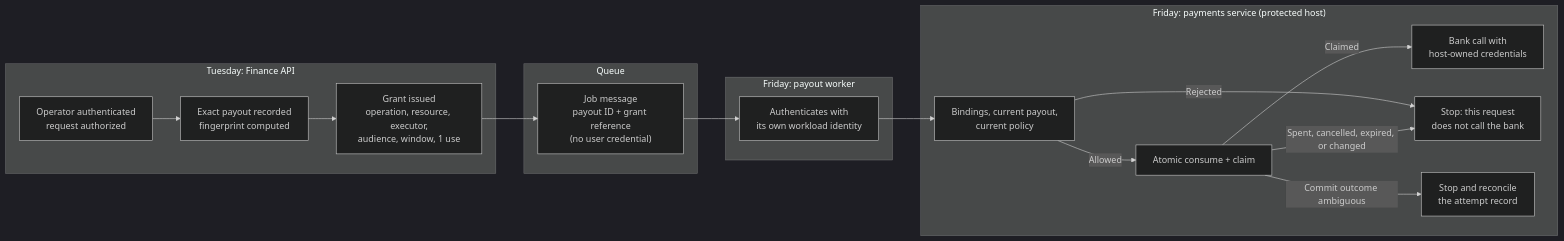
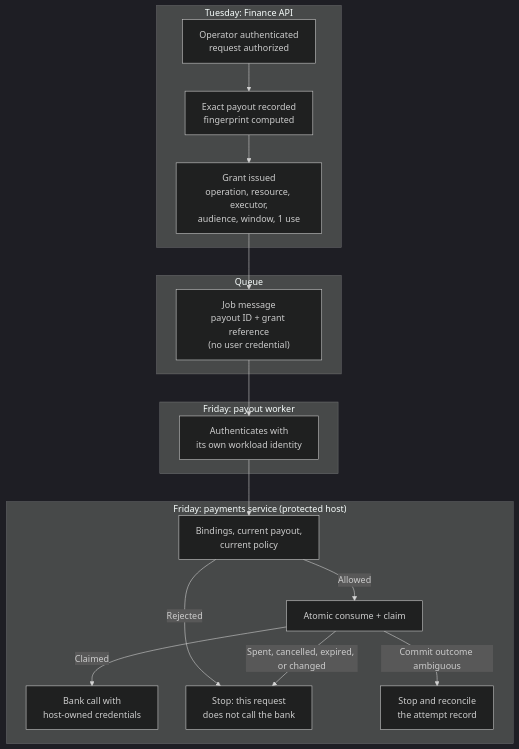
Before and after one commit to AsiBackbone/Learning: the diagram in docs/articles/2026/short-lived-execution-authority-vs-user-authorization.md, drawn with Mermaid (dark theme). The commit also changed other lines of this file, not shown here.

````diff
--- a/docs/articles/2026/short-lived-execution-authority-vs-user-authorization.md
+++ b/docs/articles/2026/short-lived-execution-authority-vs-user-authorization.md
@@ -180,21 +180,21 @@
 ```mermaid
-flowchart LR
+flowchart TD
     subgraph T["Tuesday: Finance API"]
         A["Operator authenticated<br/>request authorized"] --> B["Exact payout recorded<br/>fingerprint computed"]
         B --> C["Grant issued<br/>operation, resource, executor,<br/>audience, window, 1 use"]
     end
     subgraph Q["Queue"]
         M["Job message<br/>payout ID + grant reference<br/>(no user credential)"]
     end
     subgraph F["Friday: payout worker"]
         W["Authenticates with<br/>its own workload identity"]
     end
     subgraph H["Friday: payments service (protected host)"]
         V["Bindings, current payout,<br/>current policy"] -->|Allowed| K["Atomic consume + claim"]
         K -->|Claimed| X["Bank call with<br/>host-owned credentials"]
         V -->|Rejected| N["Stop: this request<br/>does not call the bank"]
         K -->|Spent, cancelled, expired, or changed| N
         K -->|Commit outcome ambiguous| R["Stop and reconcile<br/>the attempt record"]
     end
     C --> M --> W --> V
 ```
````
